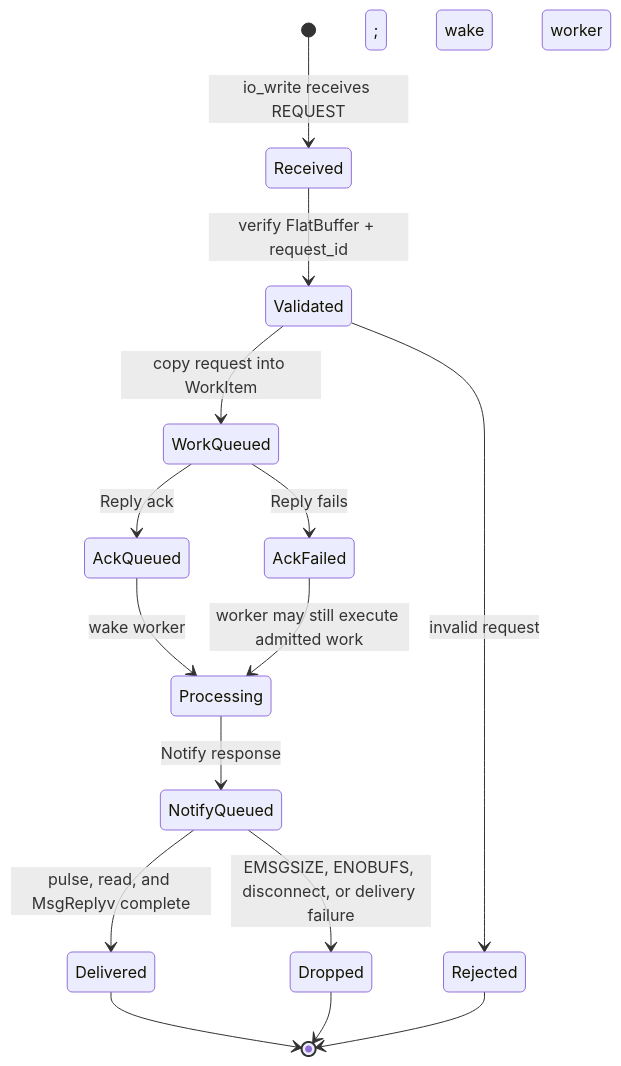
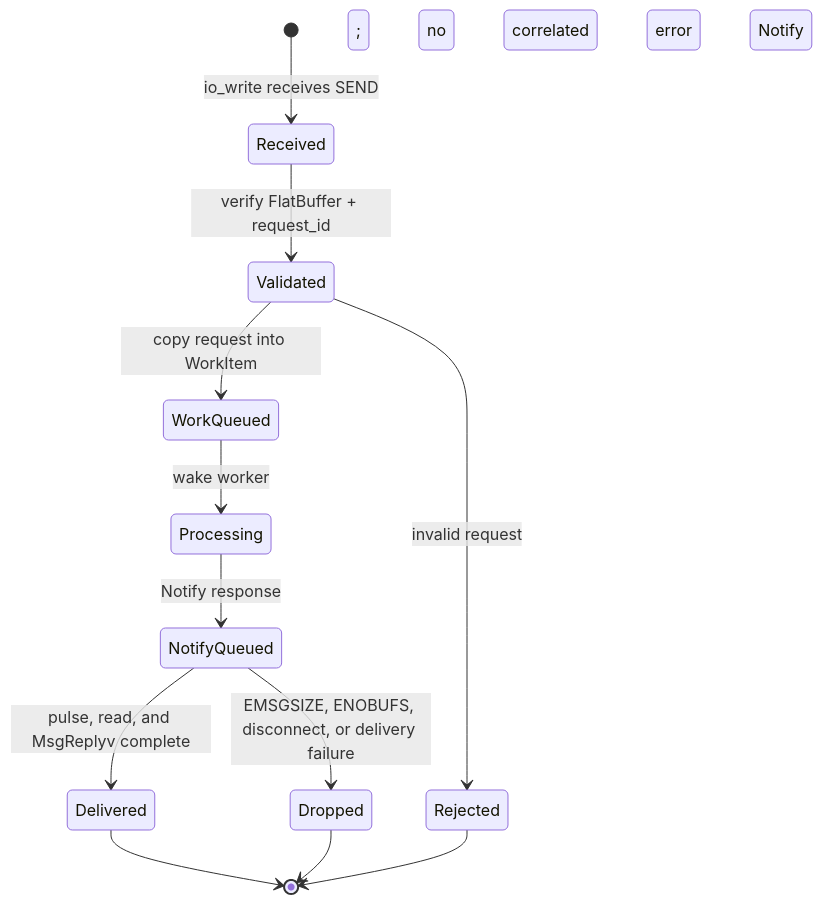
One commit to eclipse-score/inc_security_crypto changed the fifth of 5 diagrams in score/tests/ipc_poc/message_passing_overview.md. Above: the diagram before and after it, drawn with Mermaid. The commit also changed other lines of this file and 1 other file, not shown here.

````diff
--- a/score/tests/ipc_poc/message_passing_overview.md
+++ b/score/tests/ipc_poc/message_passing_overview.md
@@ -187,18 +194,15 @@
 ```mermaid
 stateDiagram
-    [*] --> Received: io_write receives REQUEST
+    [*] --> Received: io_write receives SEND
     Received --> Validated: verify FlatBuffer + request_id
     Validated --> WorkQueued: copy request into WorkItem
-    WorkQueued --> AckQueued: Reply ack
-    AckQueued --> Processing: wake worker
-    WorkQueued --> AckFailed: Reply fails; wake worker
-    AckFailed --> Processing: worker may still execute admitted work
+    Validated --> Rejected: invalid request; no correlated error Notify
+    WorkQueued --> Processing: wake worker
     Processing --> NotifyQueued: Notify response
     NotifyQueued --> Delivered: pulse, read, and MsgReplyv complete
     NotifyQueued --> Dropped: EMSGSIZE, ENOBUFS, disconnect, or delivery failure
-    Validated --> Rejected: invalid request
     Delivered --> [*]
     Dropped --> [*]
     Rejected --> [*]
 
 ```
````
